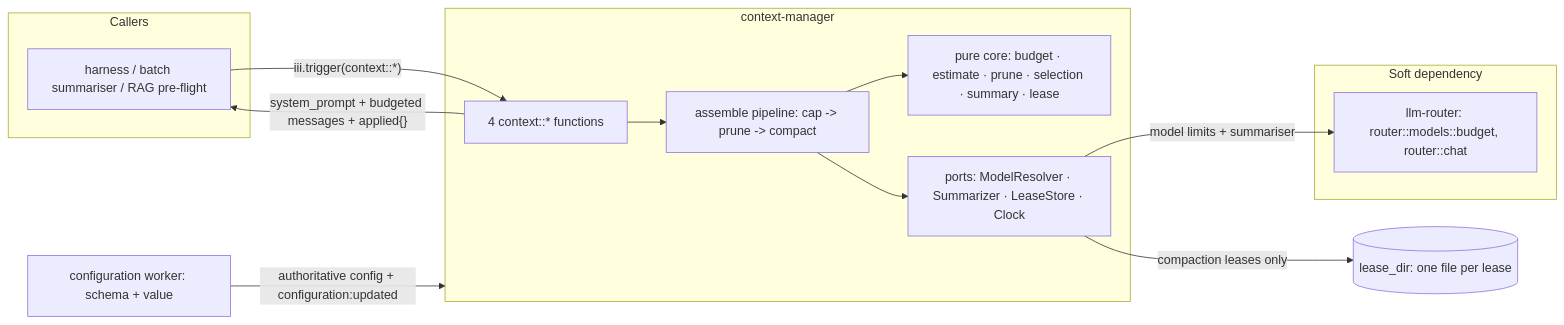
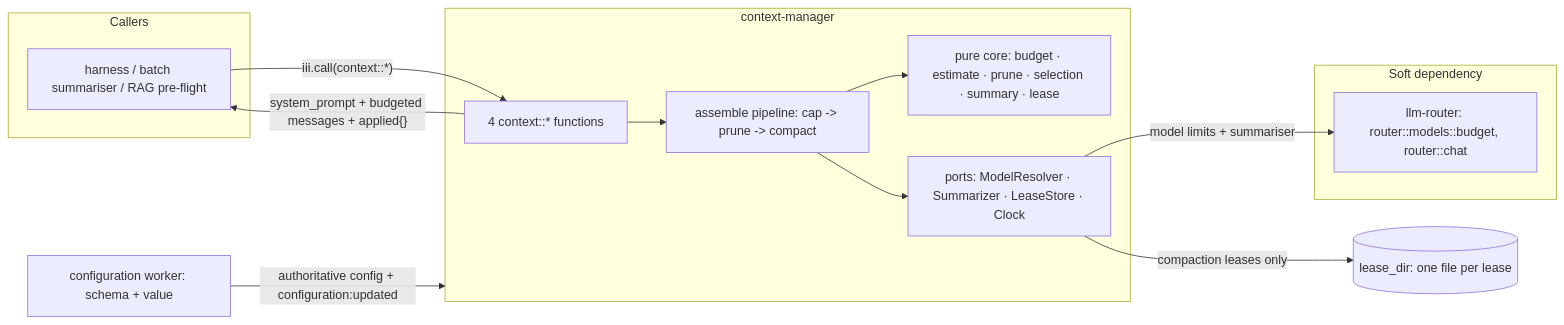
One commit to iii-hq/workers changed the diagram in context-manager/architecture/README.md. Above: the diagram before and after it, drawn with Mermaid. The commit also changed 21 other files, not shown here.

First line of the commit message:
context-manager(observe-v2): observe router::models::on-changed and configuration, call with iii.call

````diff
--- a/context-manager/architecture/README.md
+++ b/context-manager/architecture/README.md
@@ -47,24 +47,24 @@
 ```mermaid
 flowchart LR
   subgraph callers [Callers]
     harness[harness / batch summariser / RAG pre-flight]
   end
   subgraph worker [context-manager]
     fns["4 context::* functions"]
     pipe["assemble pipeline: cap -> prune -> compact"]
     core["pure core: budget · estimate · prune · selection · summary · lease"]
     ports["ports: ModelResolver · Summarizer · LeaseStore · Clock"]
   end
   subgraph deps [Soft dependency]
     router["llm-router: router::models::budget, router::chat"]
   end
   leases[("lease_dir: one file per lease")]
   cfg["configuration worker: schema + value"]
-  harness -->|"iii.trigger(context::*)"| fns
+  harness -->|"iii.call(context::*)"| fns
   fns --> pipe --> core
   pipe --> ports
   ports -->|model limits + summariser| router
   ports -->|compaction leases only| leases
   cfg -->|"authoritative config + configuration:updated"| worker
   fns -->|"system_prompt + budgeted messages + applied{}"| harness
 ```
````
